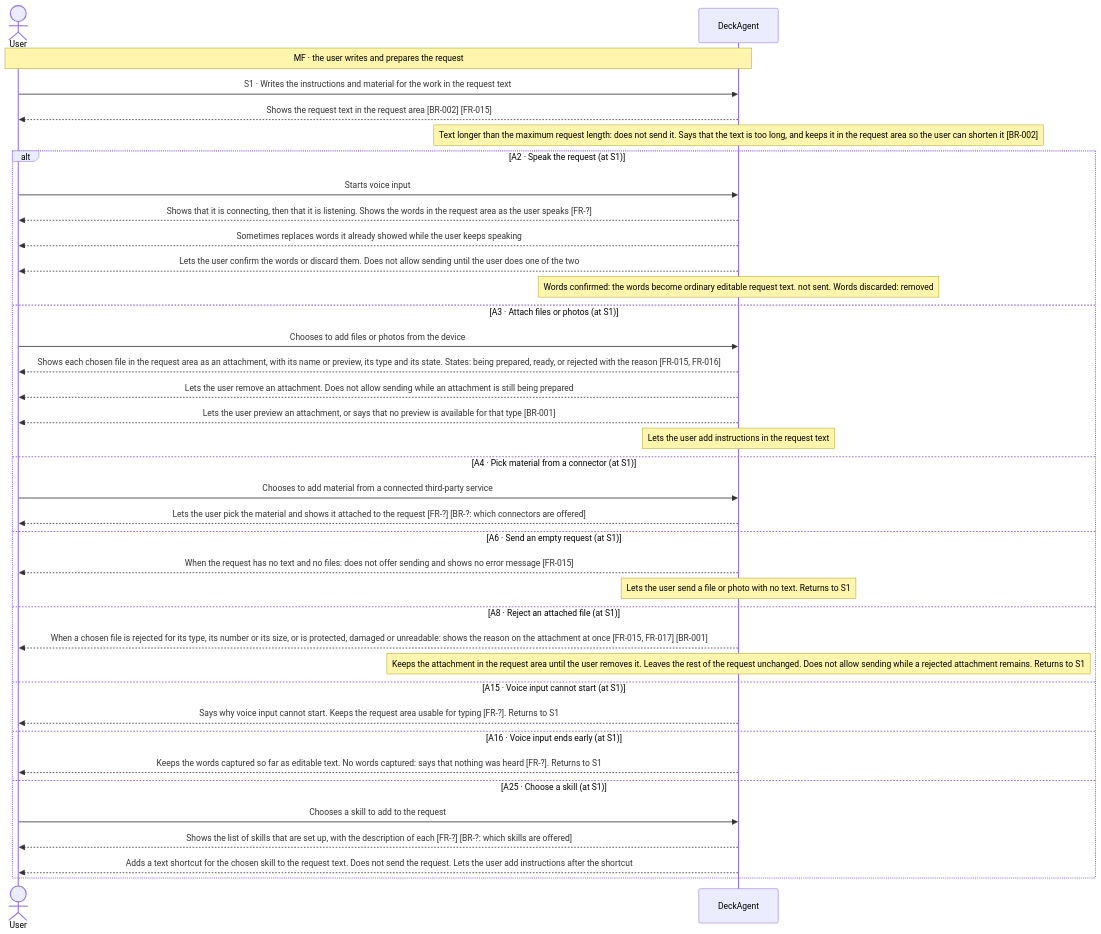
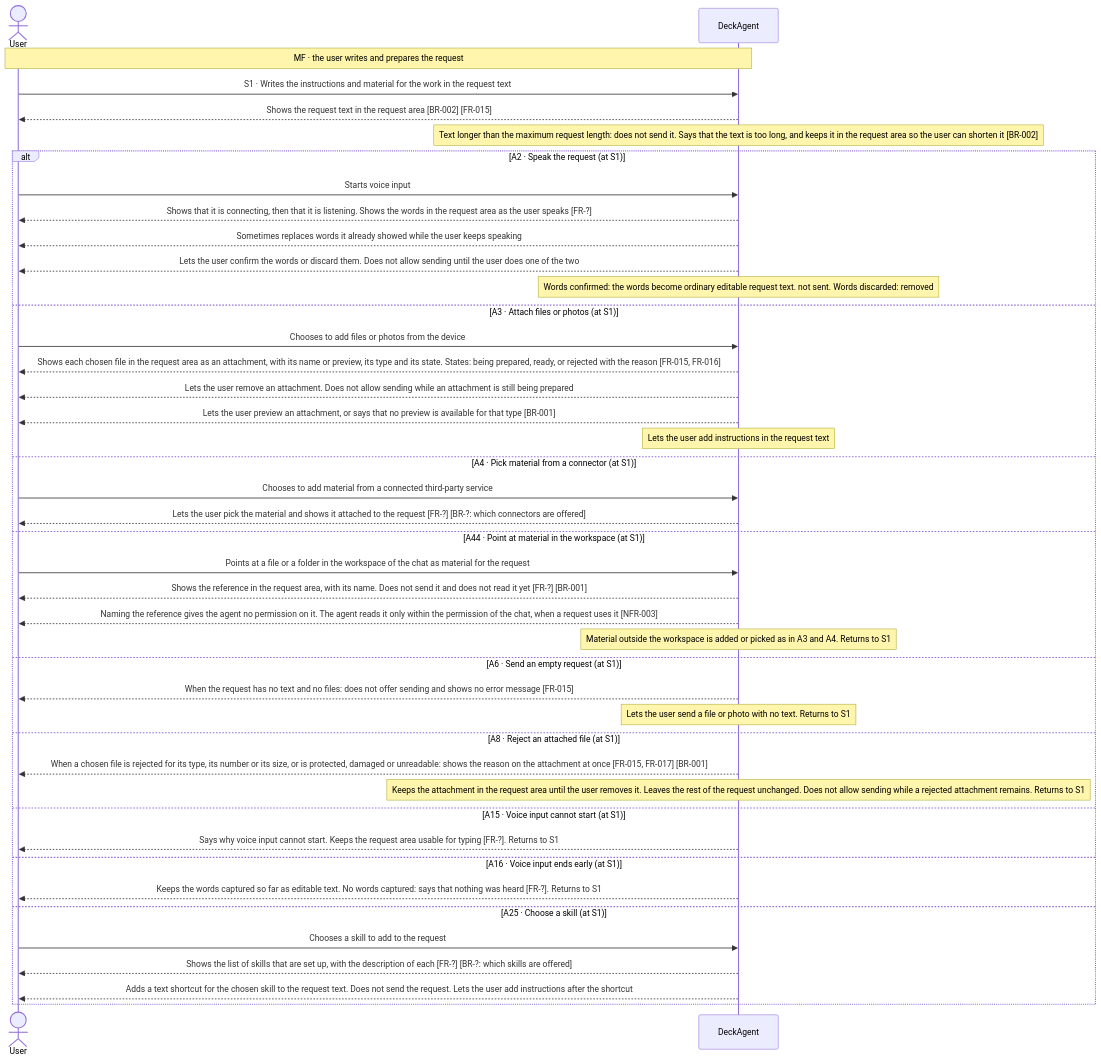
The first of 4 diagrams in docs/spec/03-use-cases/UC-003.md (Luke23127006/DeckAgent), drawn with Mermaid before and after one commit. The commit also changed other lines of this file and 30 other files, not shown here.

````diff
--- a/docs/spec/03-use-cases/UC-003.md
+++ b/docs/spec/03-use-cases/UC-003.md
@@ -44,39 +46,44 @@
 ```mermaid
 sequenceDiagram
     actor User
     participant DeckAgent
     Note over User,DeckAgent: MF · the user writes and prepares the request
     User->>DeckAgent: S1 · Writes the instructions and material for the work in the request text
     DeckAgent-->>User: Shows the request text in the request area [BR-002] [FR-015]
     note over DeckAgent: Text longer than the maximum request length: does not send it. Says that the text is too long, and keeps it in the request area so the user can shorten it [BR-002]
     alt A2 · Speak the request (at S1)
         User->>DeckAgent: Starts voice input
         DeckAgent-->>User: Shows that it is connecting, then that it is listening. Shows the words in the request area as the user speaks [FR-?]
         DeckAgent-->>User: Sometimes replaces words it already showed while the user keeps speaking
         DeckAgent-->>User: Lets the user confirm the words or discard them. Does not allow sending until the user does one of the two
         note over DeckAgent: Words confirmed: the words become ordinary editable request text. not sent. Words discarded: removed
     else A3 · Attach files or photos (at S1)
         User->>DeckAgent: Chooses to add files or photos from the device
         DeckAgent-->>User: Shows each chosen file in the request area as an attachment, with its name or preview, its type and its state. States: being prepared, ready, or rejected with the reason [FR-015, FR-016]
         DeckAgent-->>User: Lets the user remove an attachment. Does not allow sending while an attachment is still being prepared
         DeckAgent-->>User: Lets the user preview an attachment, or says that no preview is available for that type [BR-001]
         note over DeckAgent: Lets the user add instructions in the request text
     else A4 · Pick material from a connector (at S1)
         User->>DeckAgent: Chooses to add material from a connected third-party service
         DeckAgent-->>User: Lets the user pick the material and shows it attached to the request [FR-?] [BR-?: which connectors are offered]
+    else A44 · Point at material in the workspace (at S1)
+        User->>DeckAgent: Points at a file or a folder in the workspace of the chat as material for the request
+        DeckAgent-->>User: Shows the reference in the request area, with its name. Does not send it and does not read it yet [FR-?] [BR-001]
+        DeckAgent-->>User: Naming the reference gives the agent no permission on it. The agent reads it only within the permission of the chat, when a request uses it [NFR-003]
+        note over DeckAgent: Material outside the workspace is added or picked as in A3 and A4. Returns to S1
     else A6 · Send an empty request (at S1)
         DeckAgent-->>User: When the request has no text and no files: does not offer sending and shows no error message [FR-015]
         note over DeckAgent: Lets the user send a file or photo with no text. Returns to S1
     else A8 · Reject an attached file (at S1)
         DeckAgent-->>User: When a chosen file is rejected for its type, its number or its size, or is protected, damaged or unreadable: shows the reason on the attachment at once [FR-015, FR-017] [BR-001]
         note over DeckAgent: Keeps the attachment in the request area until the user removes it. Leaves the rest of the request unchanged. Does not allow sending while a rejected attachment remains. Returns to S1
     else A15 · Voice input cannot start (at S1)
         DeckAgent-->>User: Says why voice input cannot start. Keeps the request area usable for typing [FR-?]. Returns to S1
     else A16 · Voice input ends early (at S1)
         DeckAgent-->>User: Keeps the words captured so far as editable text. No words captured: says that nothing was heard [FR-?]. Returns to S1
     else A25 · Choose a skill (at S1)
         User->>DeckAgent: Chooses a skill to add to the request
         DeckAgent-->>User: Shows the list of skills that are set up, with the description of each [FR-?] [BR-?: which skills are offered]
         DeckAgent-->>User: Adds a text shortcut for the chosen skill to the request text. Does not send the request. Lets the user add instructions after the shortcut
     end
 ```
````
